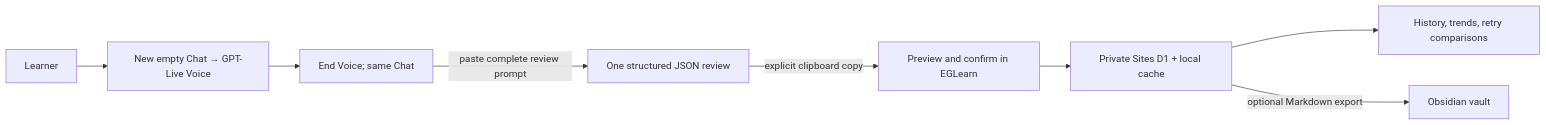
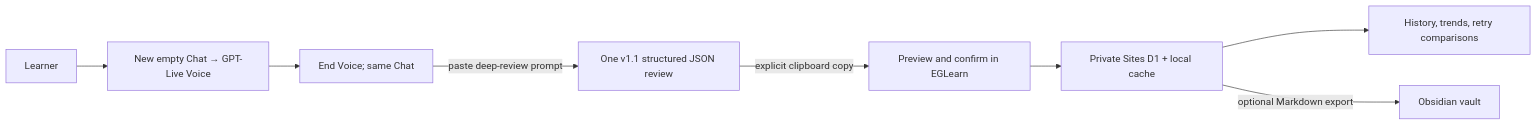
Before and after one commit to snozzz/eglearn: the diagram in docs/ARCHITECTURE.md, drawn with Mermaid. The commit also changed other lines of this file and 20 other files, not shown here.

Commit message:
feat: add deep oral review

````diff
--- a/docs/ARCHITECTURE.md
+++ b/docs/ARCHITECTURE.md
@@ -7,10 +7,10 @@
 ```mermaid
 flowchart LR
   U["Learner"] --> V["New empty Chat → GPT-Live Voice"]
   V --> T["End Voice; same Chat"]
-  T -->|"paste complete review prompt"| R["One structured JSON review"]
+  T -->|"paste deep-review prompt"| R["One v1.1 structured JSON review"]
   R -->|"explicit clipboard copy"| P["Preview and confirm in EGLearn"]
   P --> D["Private Sites D1 + local cache"]
   D --> H["History, trends, retry comparisons"]
   D -->|"optional Markdown export"| O["Obsidian vault"]
 ```
````
